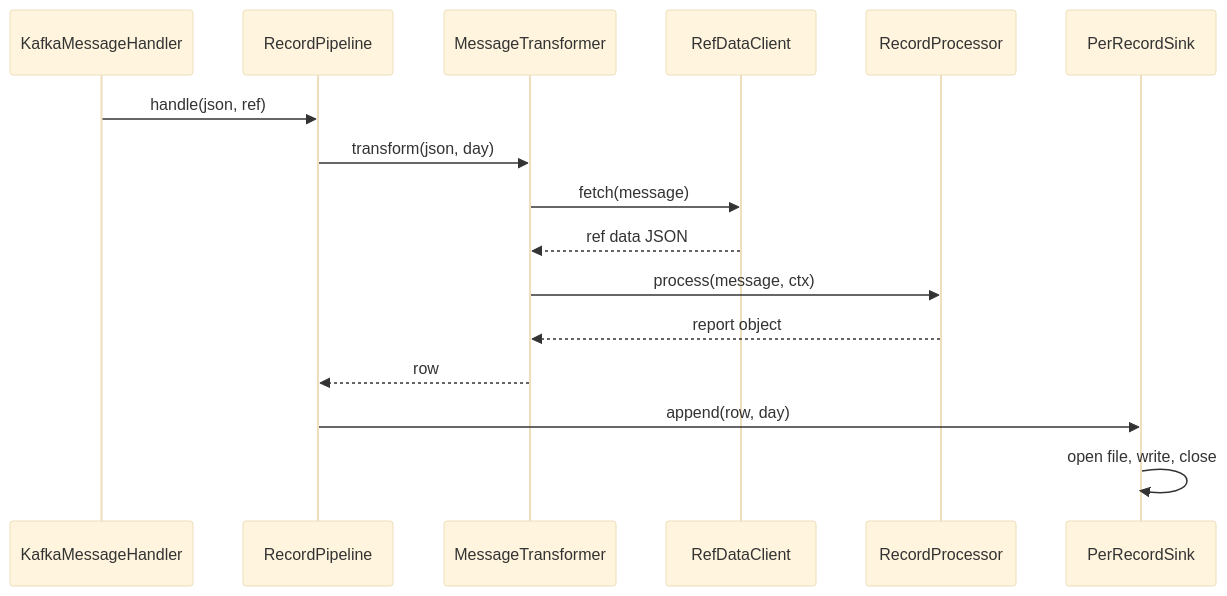
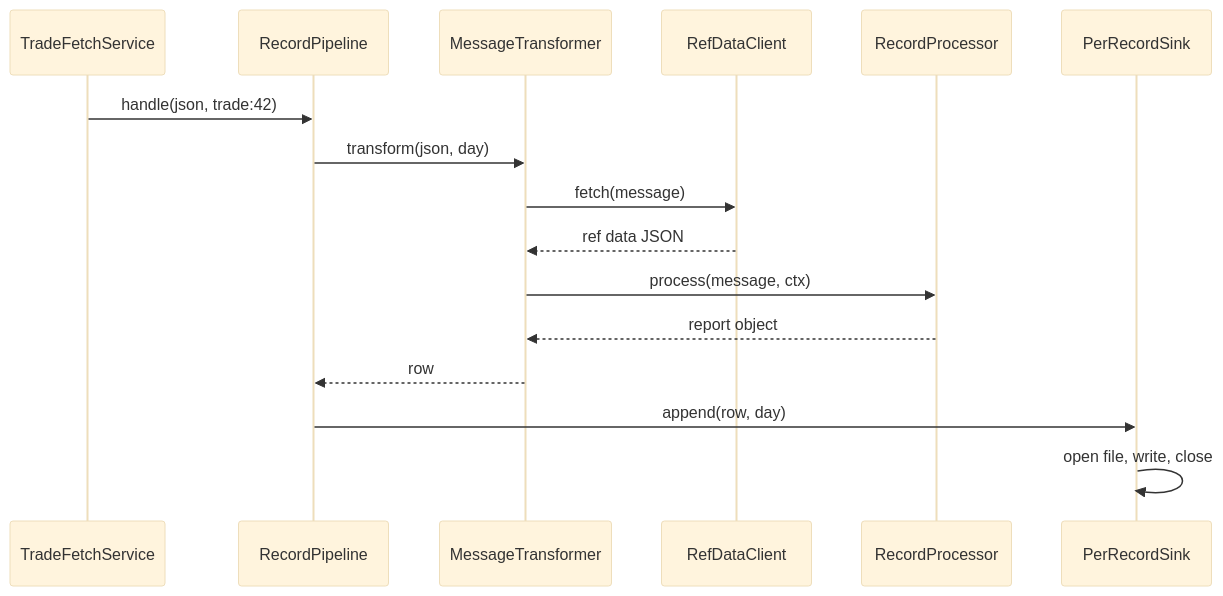
One commit to shanregs/msg-transformer changed the ninth of 13 diagrams in docs/c4-architecture.md. Above: the diagram before and after it, drawn with Mermaid (base theme). The commit also changed other lines of this file and 72 other files, not shown here.

````diff
--- a/docs/c4-architecture.md
+++ b/docs/c4-architecture.md
@@ -317,19 +346,19 @@
 ```mermaid
 sequenceDiagram
-    participant In as KafkaMessageHandler
+    participant In as TradeFetchService
     participant P as RecordPipeline
     participant T as MessageTransformer
     participant R as RefDataClient
     participant M as RecordProcessor
     participant S as PerRecordSink
 
-    In->>P: handle(json, ref)
+    In->>P: handle(json, trade:42)
     P->>T: transform(json, day)
     T->>R: fetch(message)
     R-->>T: ref data JSON
     T->>M: process(message, ctx)
     M-->>T: report object
     T-->>P: row
     P->>S: append(row, day)
     S->>S: open file, write, close
 ```
````
